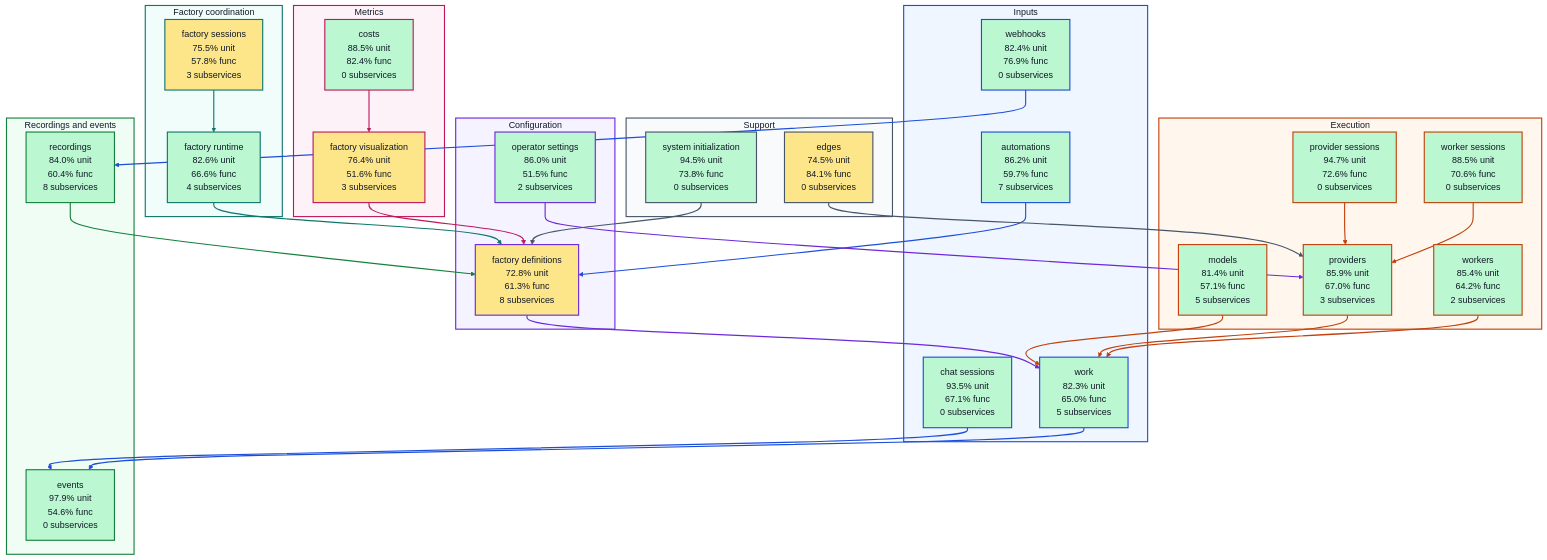
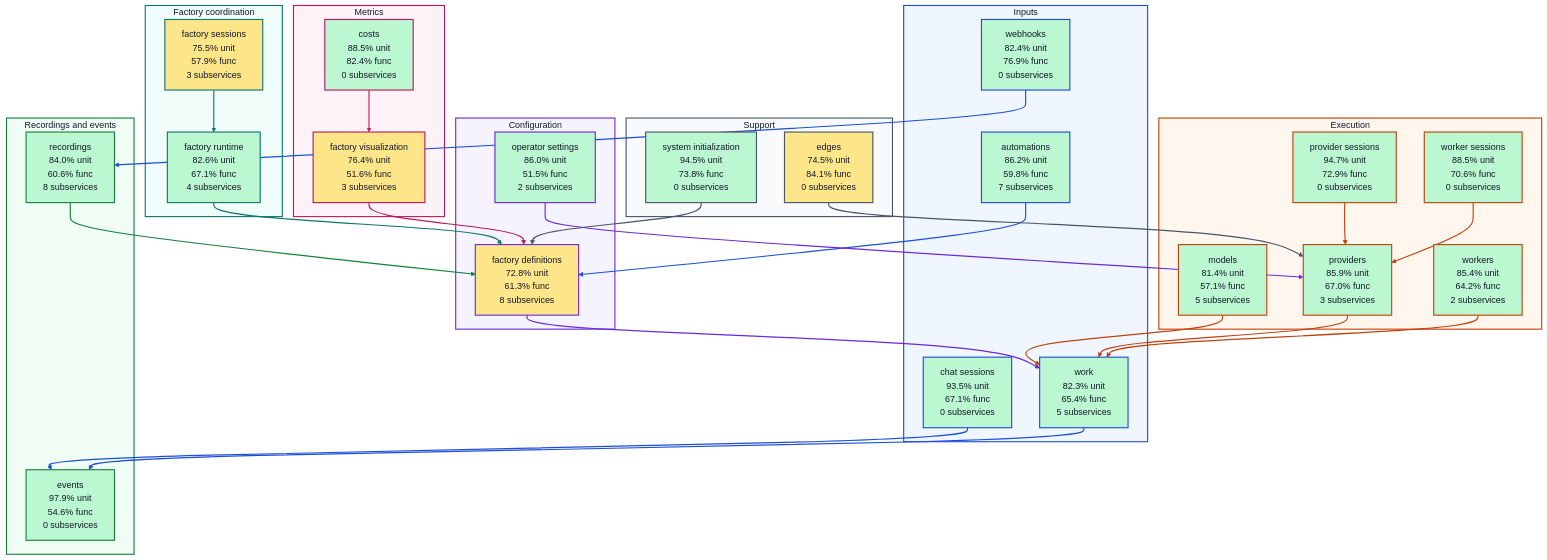
The diagram in docs/architecture/visualizations/high-level-test-coverage.md (portpowered/you-agent-factory), drawn with Mermaid (forest theme) before and after one commit. The commit also changed other lines of this file and 20 other files, not shown here.

Commit message:
docs: refresh backend architecture visualizations

````diff
--- a/docs/architecture/visualizations/high-level-test-coverage.md
+++ b/docs/architecture/visualizations/high-level-test-coverage.md
@@ -11,29 +11,29 @@
 ```mermaid
 flowchart TB
   subgraph input["Inputs"]
-    s_services_automations["automations<br/>86.2% unit<br/>59.7% func<br/>7 subservices"]
+    s_services_automations["automations<br/>86.2% unit<br/>59.8% func<br/>7 subservices"]
     s_services_chat_sessions["chat sessions<br/>93.5% unit<br/>67.1% func<br/>0 subservices"]
     s_services_webhooks["webhooks<br/>82.4% unit<br/>76.9% func<br/>0 subservices"]
-    s_services_work["work<br/>82.3% unit<br/>65.0% func<br/>5 subservices"]
+    s_services_work["work<br/>82.3% unit<br/>65.4% func<br/>5 subservices"]
   end
   subgraph configuration["Configuration"]
     s_services_factory_definitions["factory definitions<br/>72.8% unit<br/>61.3% func<br/>8 subservices"]
     s_services_operator_settings["operator settings<br/>86.0% unit<br/>51.5% func<br/>2 subservices"]
   end
   subgraph coordination["Factory coordination"]
-    s_services_factory_runtime["factory runtime<br/>82.6% unit<br/>66.6% func<br/>4 subservices"]
-    s_services_factory_sessions["factory sessions<br/>75.5% unit<br/>57.8% func<br/>3 subservices"]
+    s_services_factory_runtime["factory runtime<br/>82.6% unit<br/>67.1% func<br/>4 subservices"]
+    s_services_factory_sessions["factory sessions<br/>75.5% unit<br/>57.9% func<br/>3 subservices"]
   end
   subgraph execution["Execution"]
     s_services_models["models<br/>81.4% unit<br/>57.1% func<br/>5 subservices"]
-    s_services_provider_sessions["provider sessions<br/>94.7% unit<br/>72.6% func<br/>0 subservices"]
+    s_services_provider_sessions["provider sessions<br/>94.7% unit<br/>72.9% func<br/>0 subservices"]
     s_services_providers["providers<br/>85.9% unit<br/>67.0% func<br/>3 subservices"]
     s_services_worker_sessions["worker sessions<br/>88.5% unit<br/>70.6% func<br/>0 subservices"]
     s_services_workers["workers<br/>85.4% unit<br/>64.2% func<br/>2 subservices"]
   end
   subgraph recordings["Recordings and events"]
     s_services_events["events<br/>97.9% unit<br/>54.6% func<br/>0 subservices"]
-    s_services_recordings["recordings<br/>84.0% unit<br/>60.4% func<br/>8 subservices"]
+    s_services_recordings["recordings<br/>84.0% unit<br/>60.6% func<br/>8 subservices"]
   end
   subgraph metrics["Metrics"]
     s_services_costs["costs<br/>88.5% unit<br/>82.4% func<br/>0 subservices"]
````
